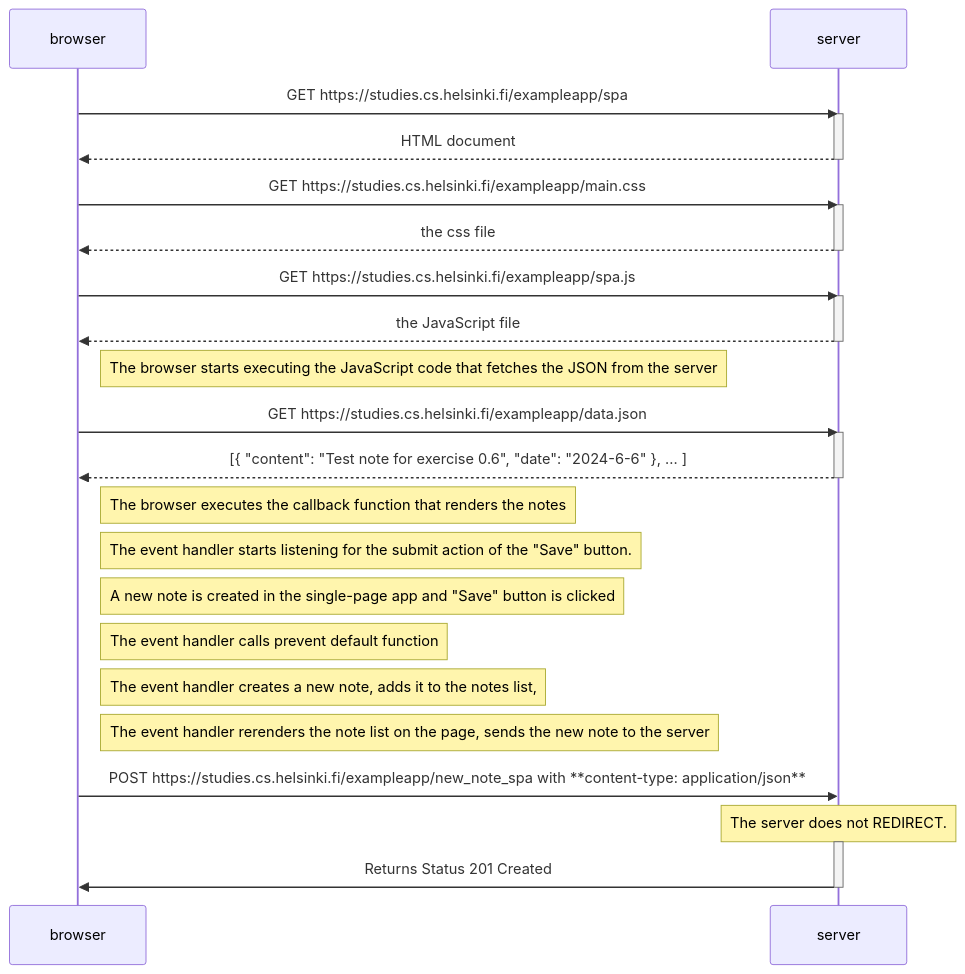
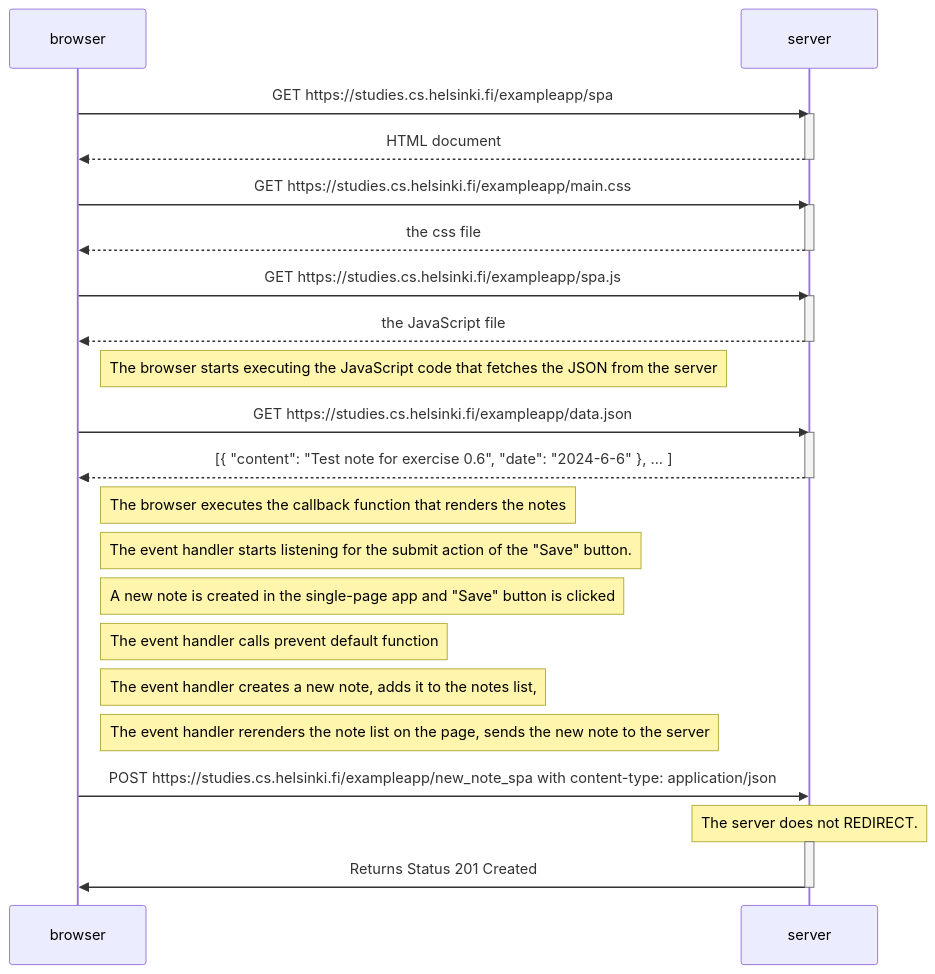
One commit to obhi1kenobhi/FSO changed the diagram in part0/exercise_0_6.md. Above: the diagram before and after it, drawn with Mermaid.

Commit message:
exercises 0.4, 0.5 and 0.6

````diff
--- a/part0/exercise_0_6.md
+++ b/part0/exercise_0_6.md
@@ -1,43 +1,43 @@
 ```mermaid
     sequenceDiagram
         participant browser
         participant server
     
         browser->>server: GET https://studies.cs.helsinki.fi/exampleapp/spa
         activate server
         server-->>browser: HTML document
         deactivate server
     
         browser->>server: GET https://studies.cs.helsinki.fi/exampleapp/main.css
         activate server
         server-->>browser: the css file
         deactivate server
     
         browser->>server: GET https://studies.cs.helsinki.fi/exampleapp/spa.js
         activate server
         server-->>browser: the JavaScript file
         deactivate server
     
         Note right of browser: The browser starts executing the JavaScript code that fetches the JSON from the server
     
         browser->>server: GET https://studies.cs.helsinki.fi/exampleapp/data.json
         activate server
         server-->>browser: [{ "content": "Test note for exercise 0.6", "date": "2024-6-6" }, ... ]
         deactivate server
 
         Note right of browser: The browser executes the callback function that renders the notes
 
         Note right of browser: The event handler starts listening for the submit action of the "Save" button. 
         Note right of browser: A new note is created in the single-page app and "Save" button is clicked
         Note right of browser: The event handler calls prevent default function
         Note right of browser: The event handler creates a new note, adds it to the notes list, 
         Note right of browser: The event handler rerenders the note list on the page, sends the new note to the server
 
-        browser->>server: POST https://studies.cs.helsinki.fi/exampleapp/new_note_spa with **content-type: application/json**
+        browser->>server: POST https://studies.cs.helsinki.fi/exampleapp/new_note_spa with content-type: application/json
         Note over server: The server does not REDIRECT.
 
         activate server
         server->>browser: Returns Status 201 Created
         deactivate server
        
 ```
````
